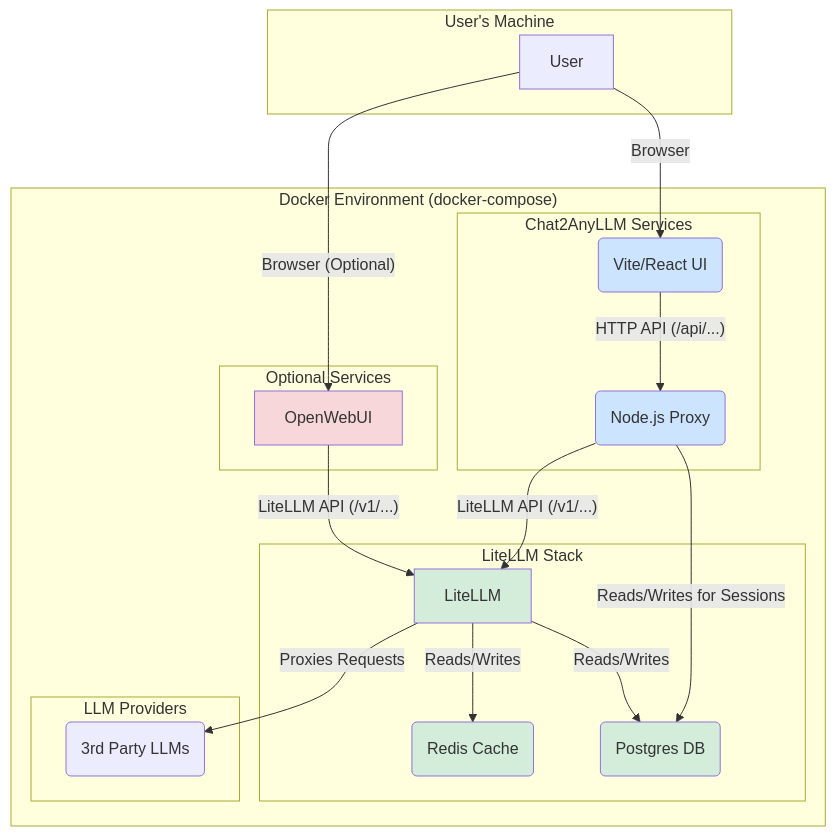
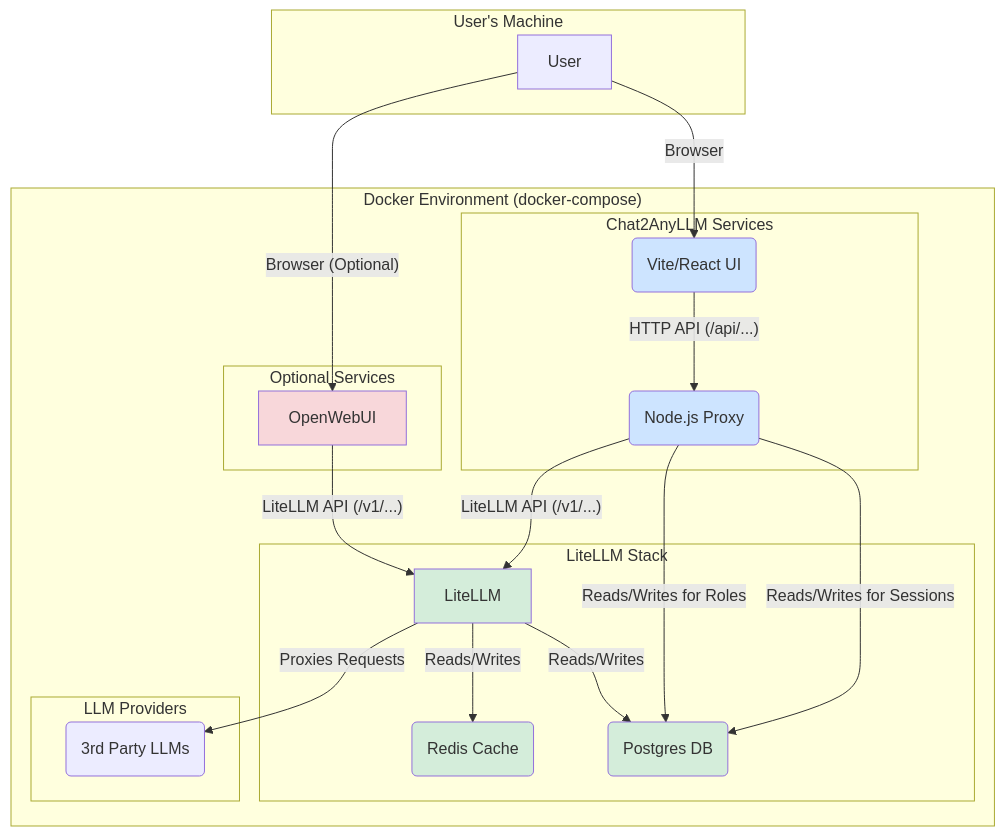
Before and after one commit to zhujian0805/chat2anyllm: the diagram in docs/design.md, drawn with Mermaid. The commit also changed other lines of this file and 3 other files, not shown here.

````diff
--- a/docs/design.md
+++ b/docs/design.md
@@ -43,47 +49,48 @@
 ```mermaid
 graph TD
     subgraph "User's Machine"
         User
     end
 
     subgraph "Docker Environment (docker-compose)"
         subgraph "Chat2AnyLLM Services"
             Frontend(Vite/React UI)
             Backend(Node.js Proxy)
         end
 
         subgraph "LiteLLM Stack"
             LiteLLM
             Redis(Redis Cache)
             Postgres(Postgres DB)
         end
 
         subgraph "LLM Providers"
             Providers(3rd Party LLMs)
         end
 
         subgraph "Optional Services"
             OpenWebUI
         end
     end
 
     User -- "Browser" --> Frontend
     User -- "Browser (Optional)" --> OpenWebUI
 
     Frontend -- "HTTP API (/api/...)" --> Backend
     Backend -- "LiteLLM API (/v1/...)" --> LiteLLM
     Backend -- "Reads/Writes for Sessions" --> Postgres
+    Backend -- "Reads/Writes for Roles" --> Postgres
 
     LiteLLM -- "Reads/Writes" --> Redis
     LiteLLM -- "Reads/Writes" --> Postgres
     LiteLLM -- "Proxies Requests" --> Providers
 
     OpenWebUI -- "LiteLLM API (/v1/...)" --> LiteLLM
 
     style Frontend fill:#cde4ff
     style Backend fill:#cde4ff
     style LiteLLM fill:#d4edda
     style Redis fill:#d4edda
     style Postgres fill:#d4edda
     style OpenWebUI fill:#f8d7da
 ```
````
